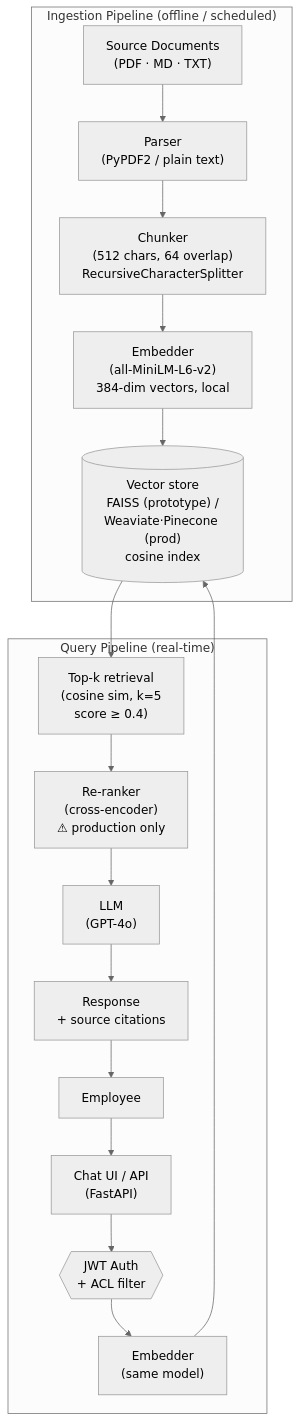
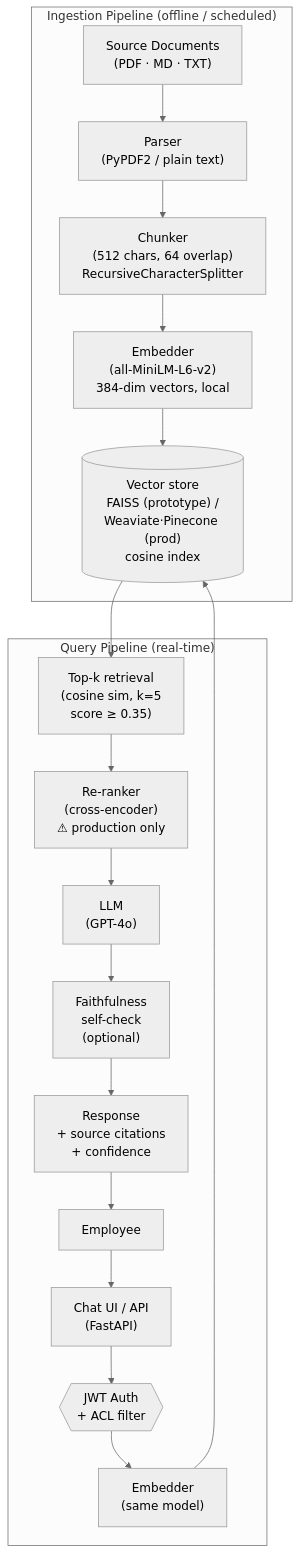
Before and after one commit to AndresPerez-n/corporate-chatbot-rag: the diagram in ARCHITECTURE.md, drawn with Mermaid (neutral theme). The commit also changed other lines of this file and 9 other files, not shown here.

Commit message:
docs: production architecture diagram, RAGAS/quantization/Phoenix alignment

````diff
--- a/ARCHITECTURE.md
+++ b/ARCHITECTURE.md
@@ -5,21 +18,22 @@
 ```mermaid
 flowchart TB
     subgraph ING["Ingestion Pipeline (offline / scheduled)"]
         SRC["Source Documents\n(PDF · MD · TXT)"] --> PARSE["Parser\n(PyPDF2 / plain text)"]
         PARSE --> CHUNK["Chunker\n(512 chars, 64 overlap)\nRecursiveCharacterSplitter"]
         CHUNK --> EMB1["Embedder\n(all-MiniLM-L6-v2)\n384-dim vectors, local"]
         EMB1 --> VDB[("Vector store\nFAISS (prototype) /\nWeaviate·Pinecone (prod)\ncosine index")]
     end
 
     subgraph QRY["Query Pipeline (real-time)"]
         USR["Employee"] --> UI["Chat UI / API\n(FastAPI)"]
         UI --> AUTH{{"JWT Auth\n+ ACL filter"}}
         AUTH --> EMB2["Embedder\n(same model)"]
         EMB2 --> VDB
-        VDB --> RET["Top-k retrieval\n(cosine sim, k=5\nscore ≥ 0.4)"]
+        VDB --> RET["Top-k retrieval\n(cosine sim, k=5\nscore ≥ 0.35)"]
         RET --> RERANK["Re-ranker\n(cross-encoder)\n⚠ production only"]
         RERANK --> LLM["LLM\n(GPT-4o)"]
-        LLM --> RESP["Response\n+ source citations"]
+        LLM --> FAITH["Faithfulness\nself-check\n(optional)"]
+        FAITH --> RESP["Response\n+ source citations\n+ confidence"]
         RESP --> USR
     end
 ```
````
